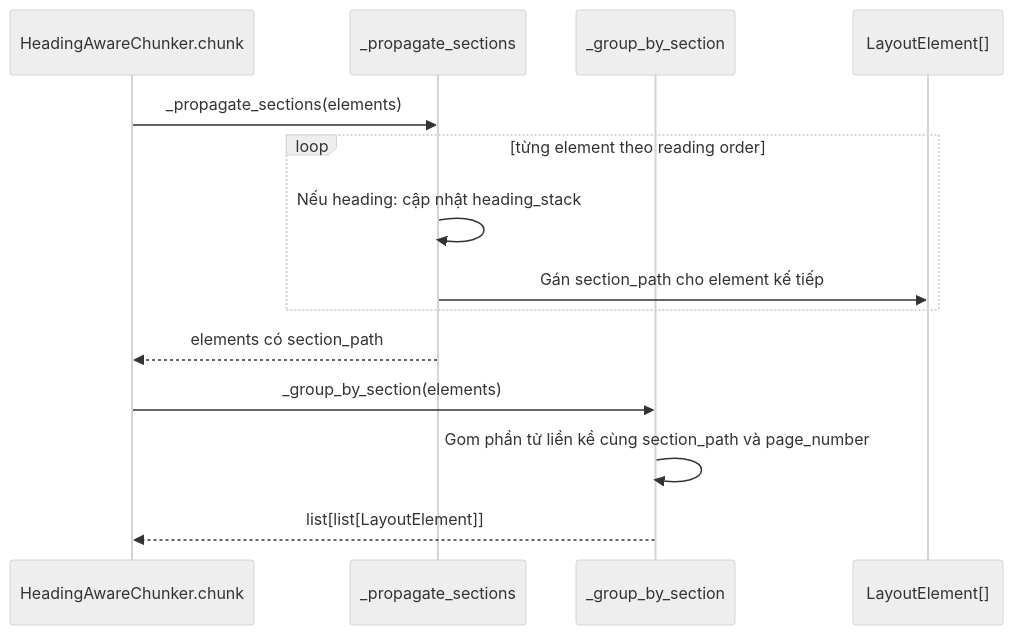
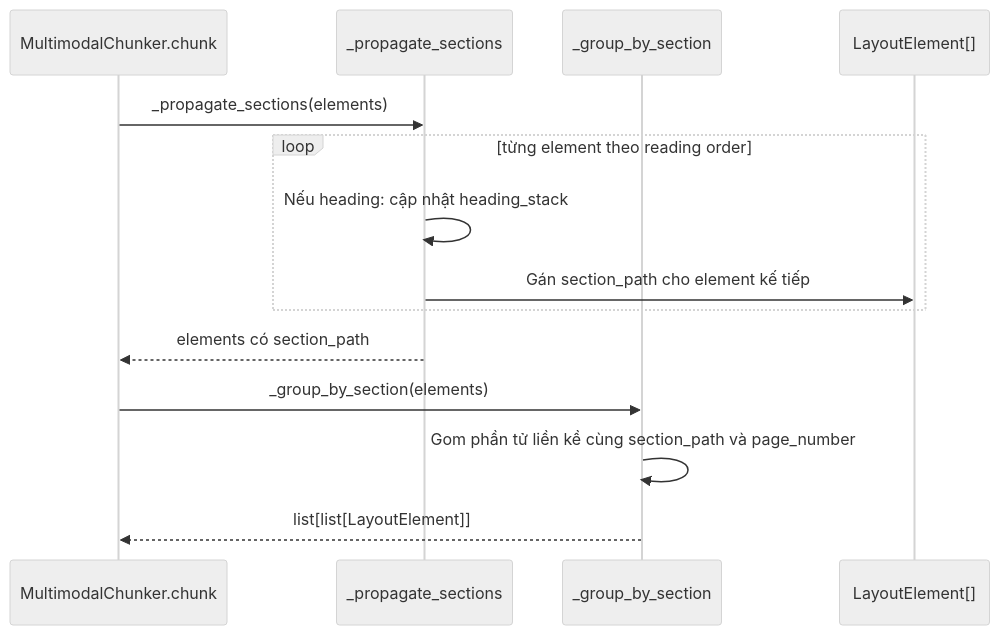
The second of 5 diagrams in docs/chunking_call_flow.md (NDQuynh259/ragflow-api), drawn with Mermaid (neutral theme) before and after one commit. The commit also changed other lines of this file and 17 other files, not shown here.

First line of the commit message:
Refactor chunking architecture: Rename HeadingAwareChunker to MultimodalChunker

````diff
--- a/docs/chunking_call_flow.md
+++ b/docs/chunking_call_flow.md
@@ -48,17 +48,17 @@
 ```mermaid
 sequenceDiagram
-    participant C as HeadingAwareChunker.chunk
+    participant C as MultimodalChunker.chunk
     participant P as _propagate_sections
     participant G as _group_by_section
     participant L as LayoutElement[]
 
     C->>P: _propagate_sections(elements)
     loop từng element theo reading order
         P->>P: Nếu heading: cập nhật heading_stack
         P->>L: Gán section_path cho element kế tiếp
     end
     P-->>C: elements có section_path
     C->>G: _group_by_section(elements)
     G->>G: Gom phần tử liền kề cùng section_path và page_number
     G-->>C: list[list[LayoutElement]]
 ```
````
